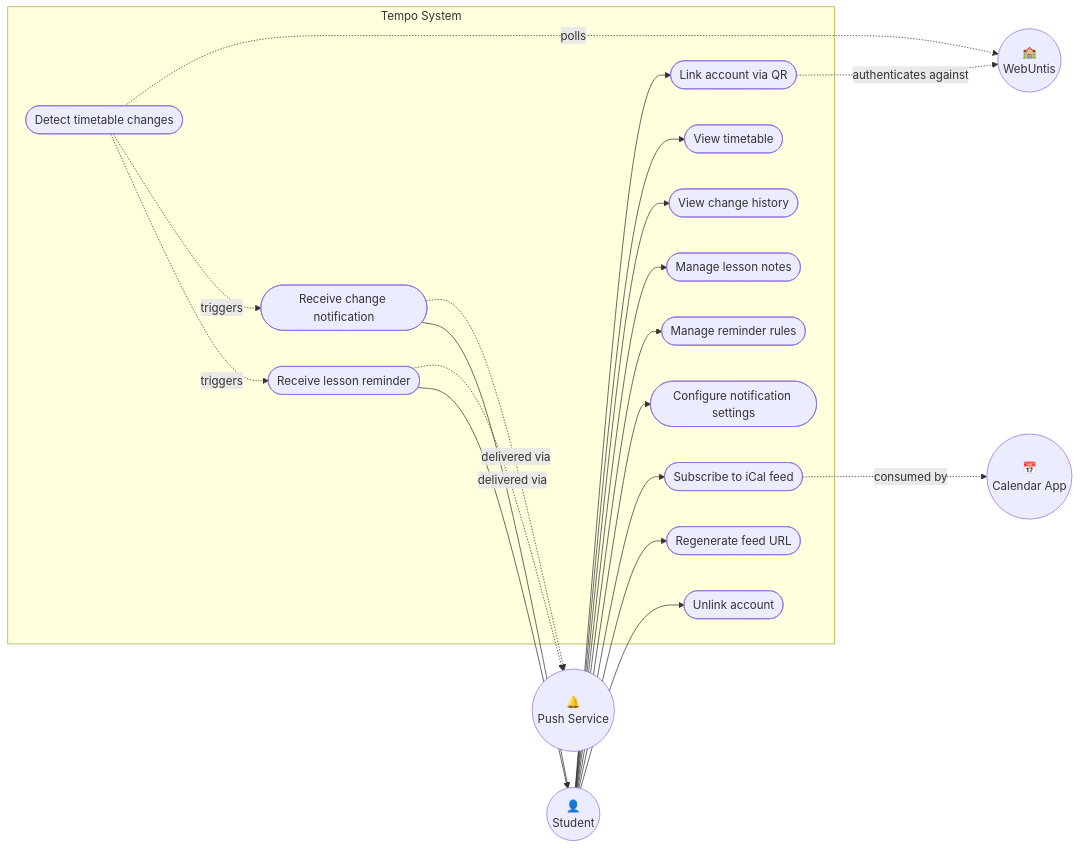
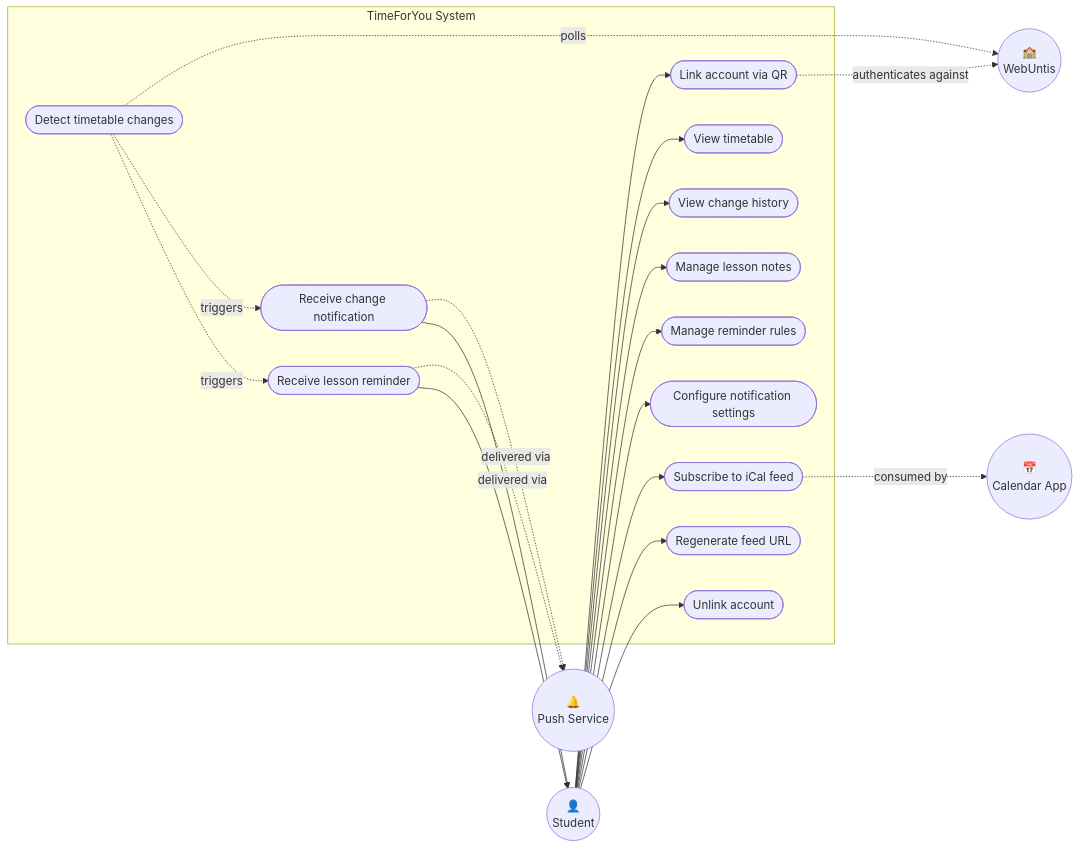
Before and after one commit to nbence-dev/TimeForYou: the first of 5 diagrams in PROJECT-BRIEF.md, drawn with Mermaid. The commit also changed other lines of this file and 12 other files, not shown here.

````diff
--- a/PROJECT-BRIEF.md
+++ b/PROJECT-BRIEF.md
@@ -329,43 +335,43 @@
 ```mermaid
 flowchart LR
     Student(("👤<br/>Student"))
     WebUntis(("🏫<br/>WebUntis"))
     PushSvc(("🔔<br/>Push Service"))
     CalApp(("📅<br/>Calendar App"))
 
-    subgraph Tempo["Tempo System"]
+    subgraph TimeForYou["TimeForYou System"]
         UC1(["Link account via QR"])
         UC2(["View timetable"])
         UC3(["Receive change notification"])
         UC4(["Receive lesson reminder"])
         UC5(["View change history"])
         UC6(["Manage lesson notes"])
         UC7(["Manage reminder rules"])
         UC8(["Configure notification settings"])
         UC9(["Subscribe to iCal feed"])
         UC10(["Regenerate feed URL"])
         UC11(["Unlink account"])
         UC12(["Detect timetable changes"])
     end
 
     Student --> UC1
     Student --> UC2
     Student --> UC5
     Student --> UC6
     Student --> UC7
     Student --> UC8
     Student --> UC9
     Student --> UC10
     Student --> UC11
 
     UC1 -.->|authenticates against| WebUntis
     UC12 -.->|polls| WebUntis
     UC12 -.->|triggers| UC3
     UC12 -.->|triggers| UC4
     UC3 -.->|delivered via| PushSvc
     UC4 -.->|delivered via| PushSvc
     UC9 -.->|consumed by| CalApp
 
     UC3 --> Student
     UC4 --> Student
 ```
````
